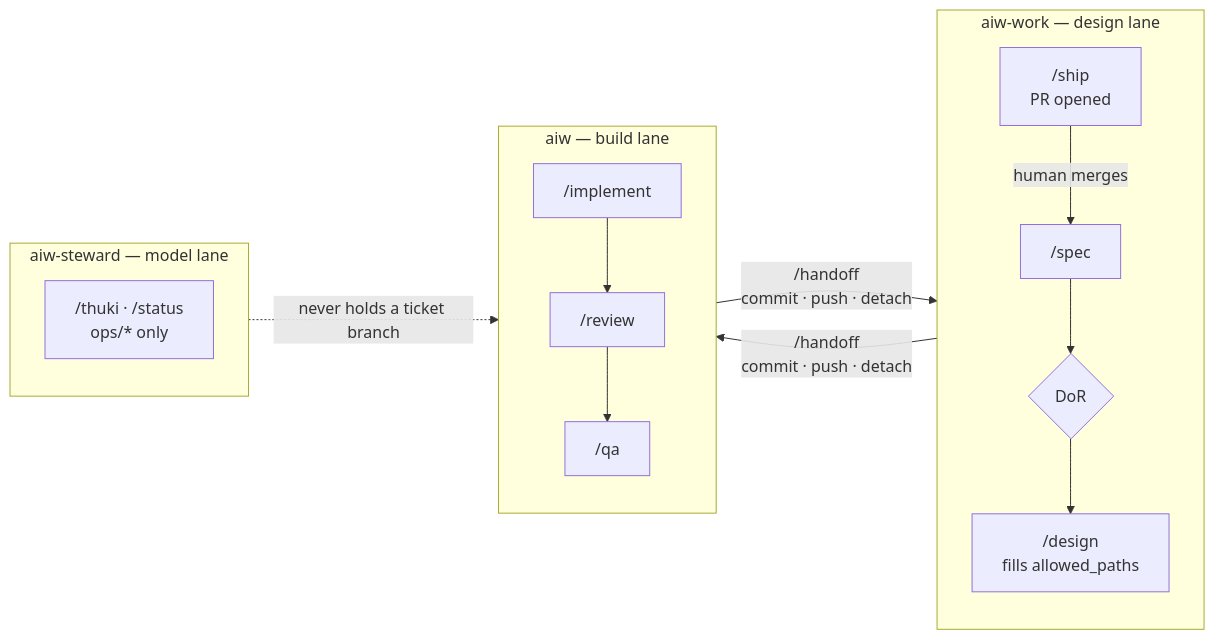
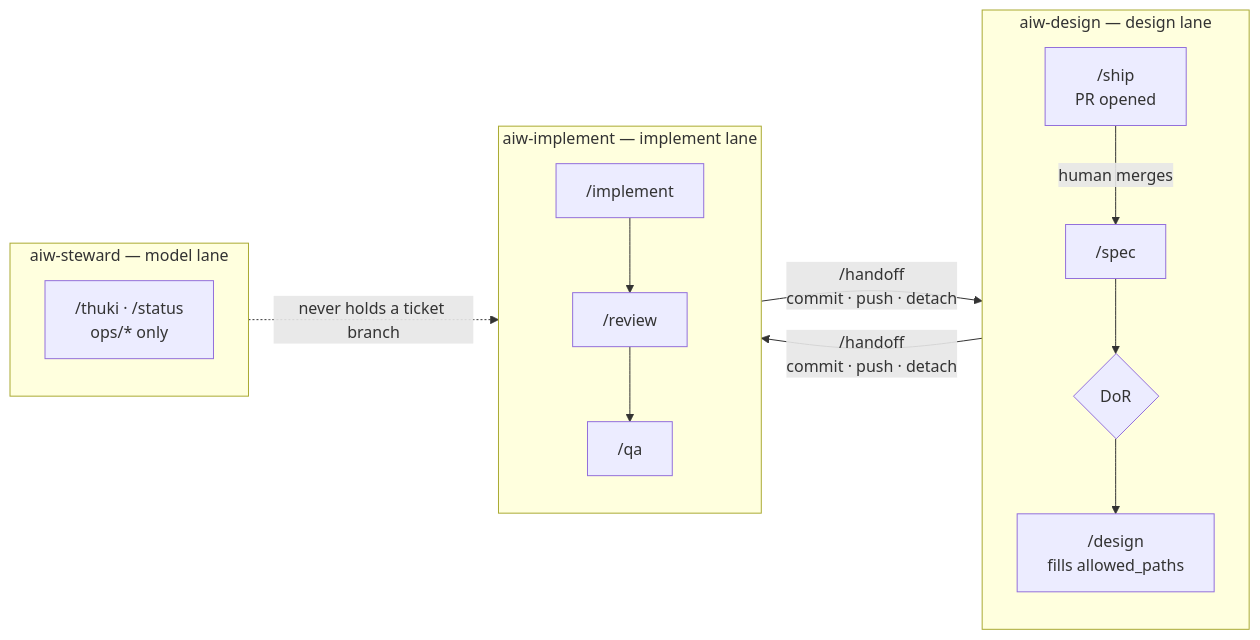
The diagram in .ai/standards/session-model.md (didi-code0980/seatseat-aifw), drawn with Mermaid before and after one commit. The commit also changed other lines of this file and 9 other files, not shown here.

````diff
--- a/.ai/standards/session-model.md
+++ b/.ai/standards/session-model.md
@@ -139,20 +149,20 @@
 ```mermaid
 flowchart LR
-  subgraph W["aiw-work — design lane"]
+  subgraph W["aiw-design — design lane"]
     direction TB
     S["/spec"] --> D0{"DoR"} --> D["/design<br/>fills allowed_paths"]
     SH["/ship<br/>PR opened"]
   end
-  subgraph A["aiw — build lane"]
+  subgraph A["aiw-implement — implement lane"]
     direction TB
     I["/implement"] --> R["/review"] --> Q["/qa"]
   end
   subgraph C["aiw-steward — model lane"]
     direction TB
     T["/thuki · /status<br/>ops/* only"]
   end
   D -- "/handoff<br/>commit · push · detach" --> I
   Q -- "/handoff<br/>commit · push · detach" --> SH
   SH -- "human merges" --> S
   C -.->|"never holds a ticket branch"| A
 ```
````
